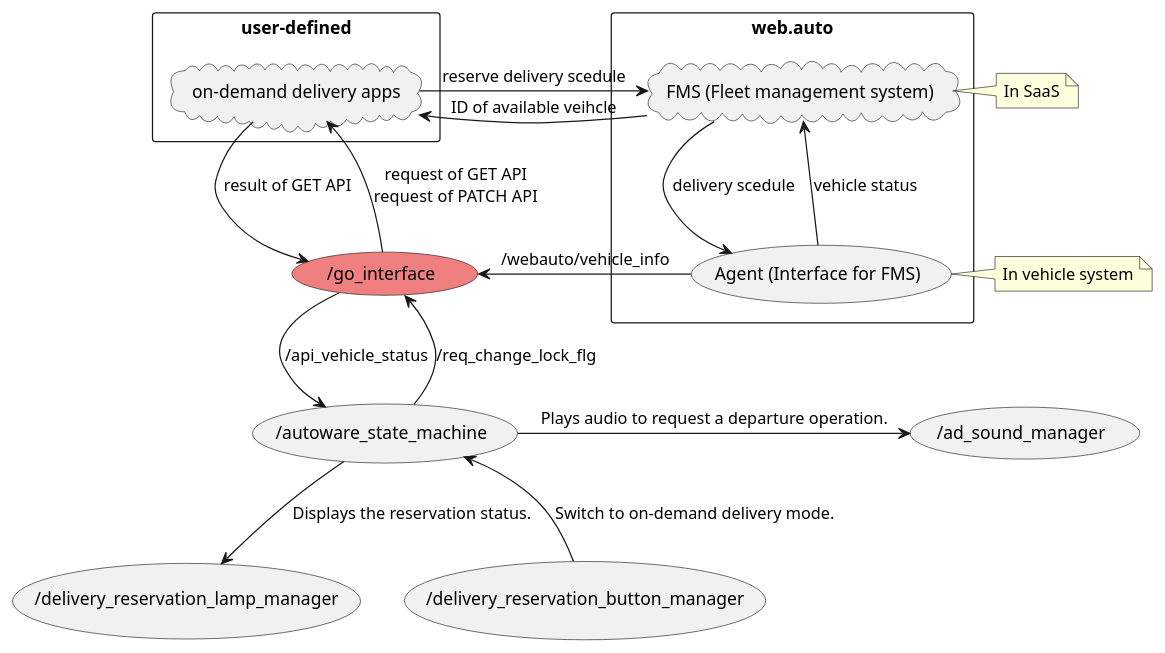
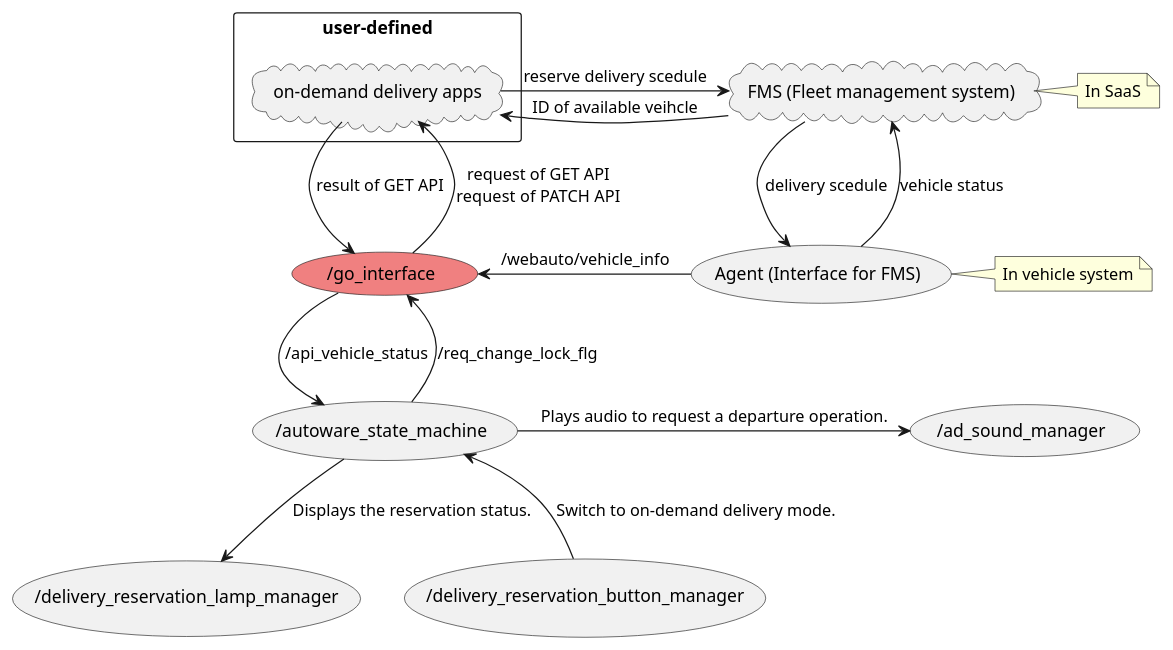
One commit to masahiro-kubota/go_interface changed the diagram in docs/node_graph.pu. Above: the diagram before and after it, drawn with PlantUML.

```diff
--- a/docs/node_graph.pu
+++ b/docs/node_graph.pu
@@ -1,30 +1,28 @@
 @startuml
-rectangle "web.auto" {
-  cloud "FMS (Fleet management system)" as FMS
-  usecase "Agent (Interface for FMS)" as Agent
-}
+cloud "FMS (Fleet management system)" as FMS
+usecase "Agent (Interface for FMS)" as Agent
 rectangle "user-defined" {
   cloud "on-demand delivery apps" as DeliveryApp
 }
 usecase "/go_interface" #LightCoral
 usecase "/autoware_state_machine"
 usecase "/ad_sound_manager"
 usecase "/delivery_reservation_lamp_manager"
 usecase "/delivery_reservation_button_manager"
 
 (DeliveryApp) -> (FMS) : reserve delivery scedule
 (DeliveryApp) <- (FMS) : ID of available veihcle
 (FMS) --> (Agent) : delivery scedule
 (FMS) <-- (Agent) : vehicle status
 (/go_interface) <- (Agent): /webauto/vehicle_info
 (DeliveryApp) -->  (/go_interface) : result of GET API
 (/go_interface) --> (DeliveryApp) : request of GET API\nrequest of PATCH API
 (/go_interface) --> (/autoware_state_machine) : /api_vehicle_status
 (/autoware_state_machine) --> (/go_interface) : /req_change_lock_flg
 (/autoware_state_machine) -> (/ad_sound_manager) : Plays audio to request a departure operation.
 (/autoware_state_machine) --> (/delivery_reservation_lamp_manager) : Displays the reservation status.
 (/autoware_state_machine) <-- (/delivery_reservation_button_manager) : Switch to on-demand delivery mode.
 
 note right of FMS : In SaaS
 note right of Agent : In vehicle system
 @enduml
```
